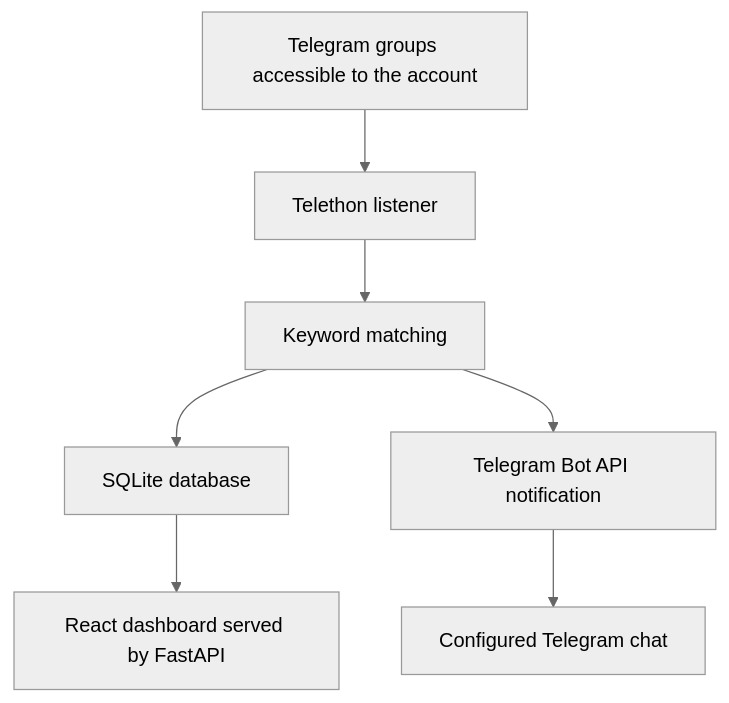
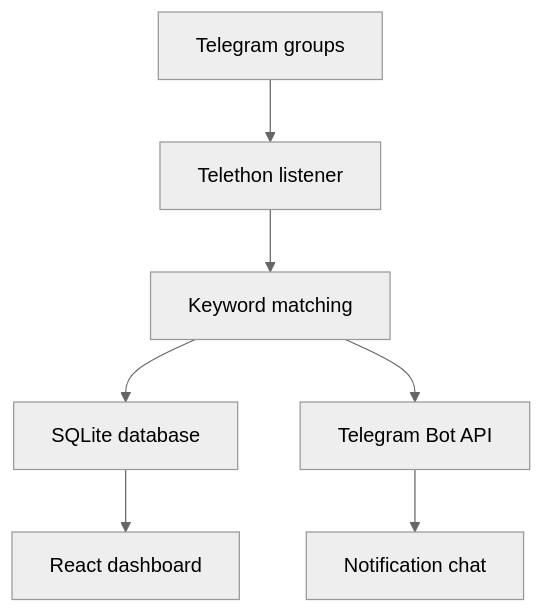
The diagram in README.md (faaizhamid07/Telegram-Signal-Showcase), drawn with Mermaid (neutral theme) before and after one commit. The commit also changed other lines of this file, not shown here.

````diff
--- a/README.md
+++ b/README.md
@@ -72,9 +59,9 @@
 ```mermaid
 flowchart TD
-    A[Telegram groups accessible to the account] --> B[Telethon listener]
+    A[Telegram groups] --> B[Telethon listener]
     B --> C[Keyword matching]
     C --> D[SQLite database]
-    D --> E[React dashboard served by FastAPI]
-    C --> F[Telegram Bot API notification]
-    F --> G[Configured Telegram chat]
+    D --> E[React dashboard]
+    C --> F[Telegram Bot API]
+    F --> G[Notification chat]
 ```
````
